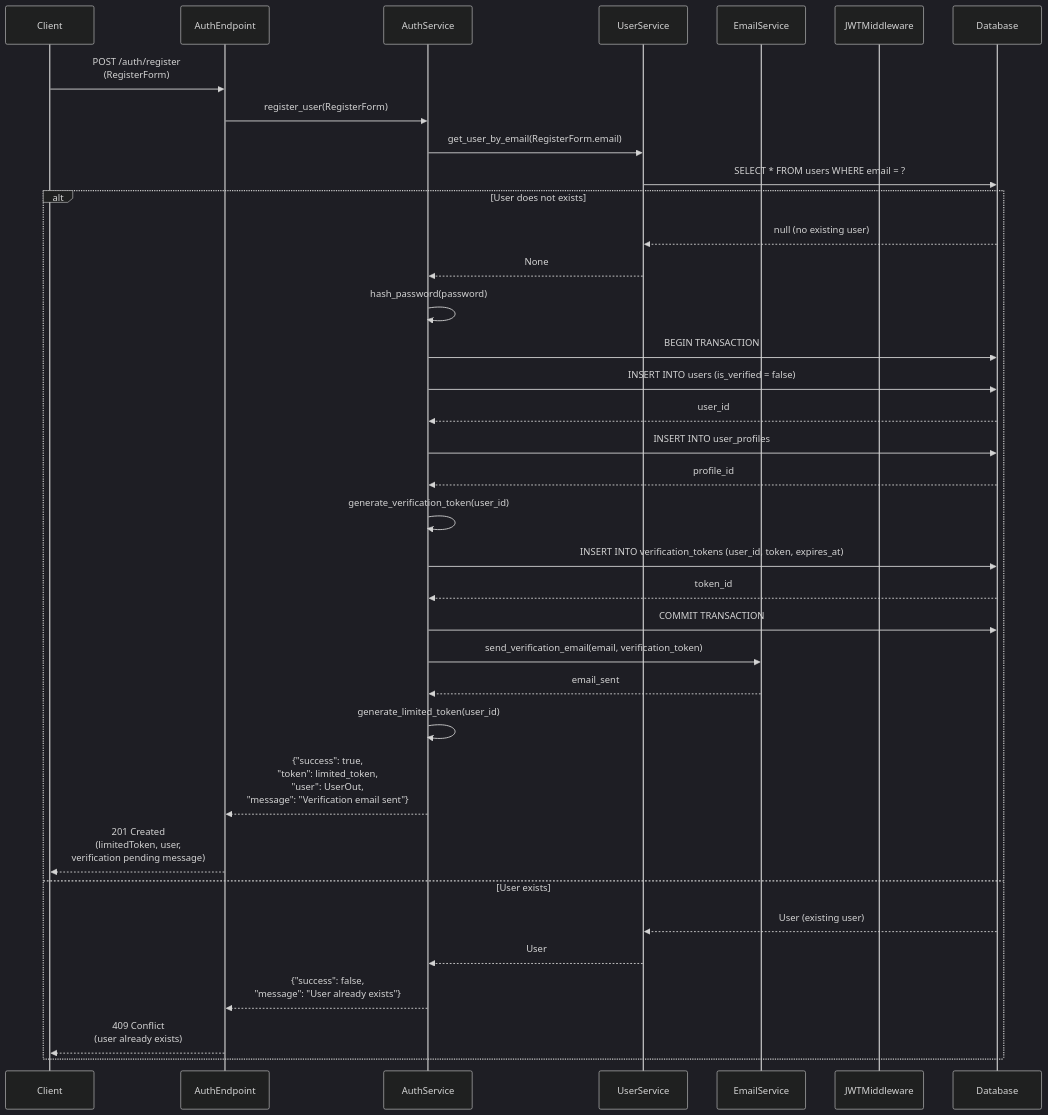
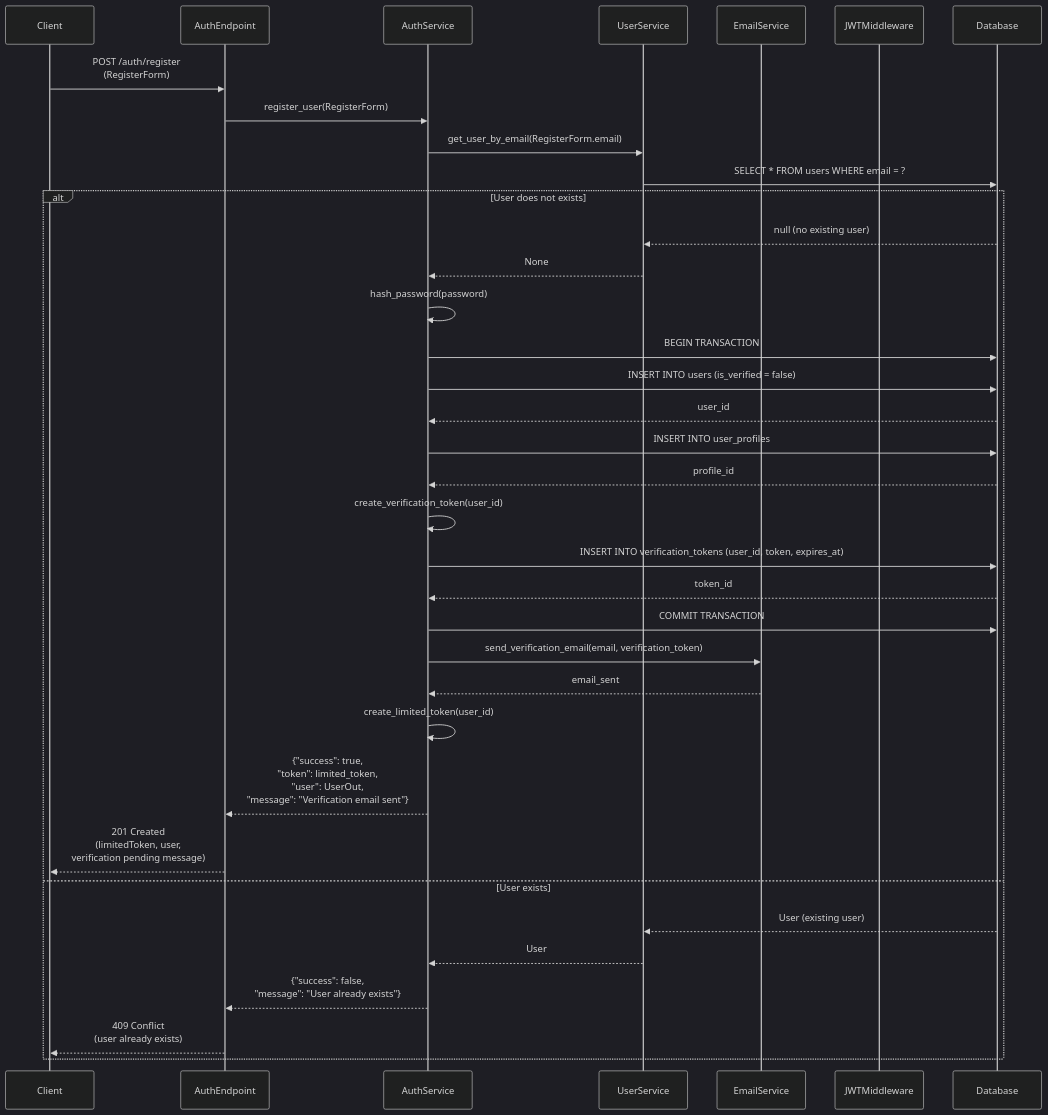
Before and after one commit to marcelovet/rest_ecommerce: the first of 6 diagrams in docs/business_logic/sequence_diagrams.md, drawn with Mermaid (dark theme). The commit also changed other lines of this file and 12 other files, not shown here.

````diff
--- a/docs/business_logic/sequence_diagrams.md
+++ b/docs/business_logic/sequence_diagrams.md
@@ -7,40 +7,40 @@
 ```mermaid
 sequenceDiagram
     participant C as Client
     participant AE as AuthEndpoint
     participant AS as AuthService
     participant US as UserService
     participant ES as EmailService
     participant JM as JWTMiddleware
     participant DB as Database
 
     %% User Registration
     C->>AE: POST /auth/register<br>(RegisterForm)
     AE->>AS: register_user(RegisterForm)
     AS->>US: get_user_by_email(RegisterForm.email)
     US->>DB: SELECT * FROM users WHERE email = ?
     alt User does not exists
         DB-->>US: null (no existing user)
         US-->>AS: None
         AS->>AS: hash_password(password)
         AS->>DB: BEGIN TRANSACTION
         AS->>DB: INSERT INTO users (is_verified = false)
         DB-->>AS: user_id
         AS->>DB: INSERT INTO user_profiles
         DB-->>AS: profile_id
-        AS->>AS: generate_verification_token(user_id)
+        AS->>AS: create_verification_token(user_id)
         AS->>DB: INSERT INTO verification_tokens (user_id, token, expires_at)
         DB-->>AS: token_id
         AS->>DB: COMMIT TRANSACTION
         AS->>ES: send_verification_email(email, verification_token)
         ES-->>AS: email_sent
-        AS->>AS: generate_limited_token(user_id)
+        AS->>AS: create_limited_token(user_id)
         AS-->>AE: {"success": true,<br>"token": limited_token,<br>"user": UserOut,<br>"message": "Verification email sent"}
         AE-->>C: 201 Created<br>(limitedToken, user,<br>verification pending message)
     else User exists
         DB-->>US: User (existing user)
         US-->>AS: User
         AS-->>AE: {"success": false,<br>"message": "User already exists"}
         AE-->>C: 409 Conflict<br>(user already exists)
     end
 ```
````
